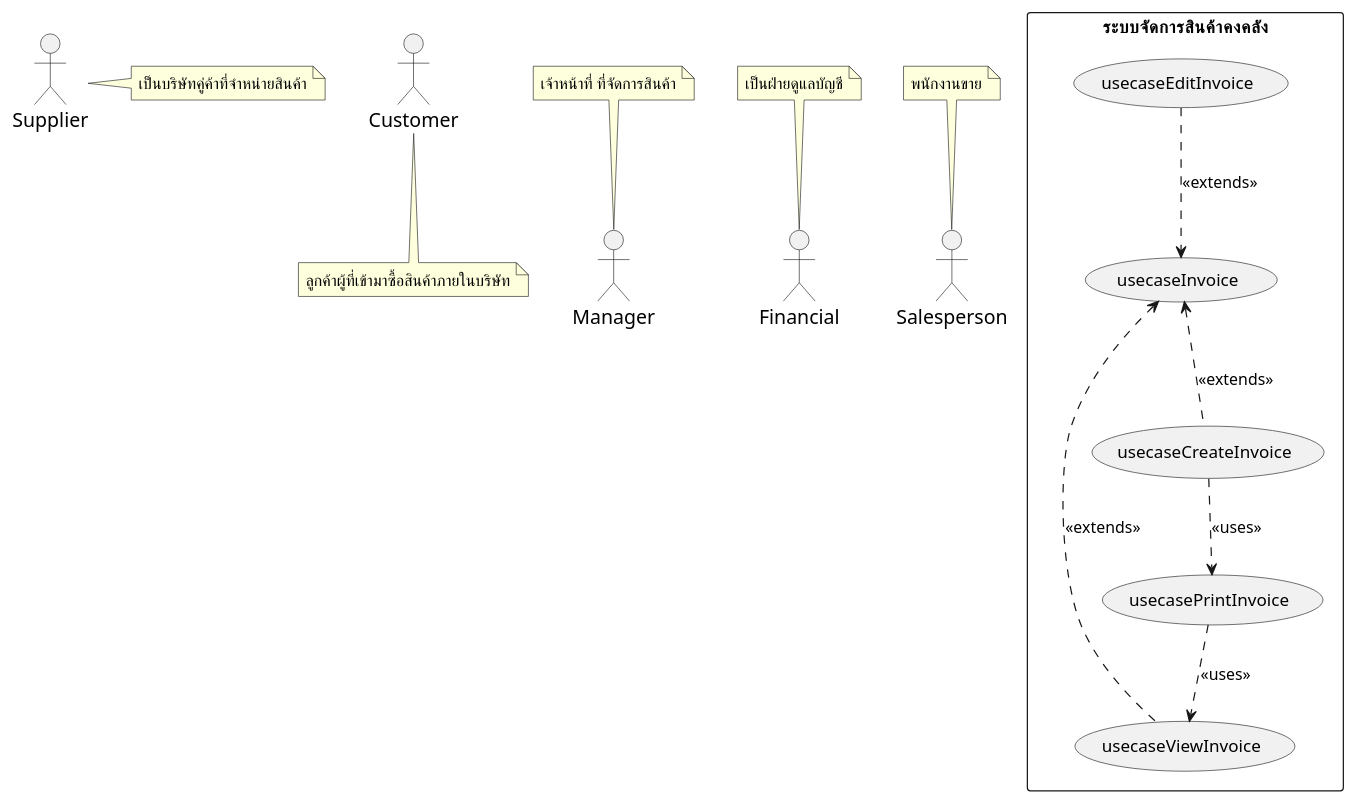
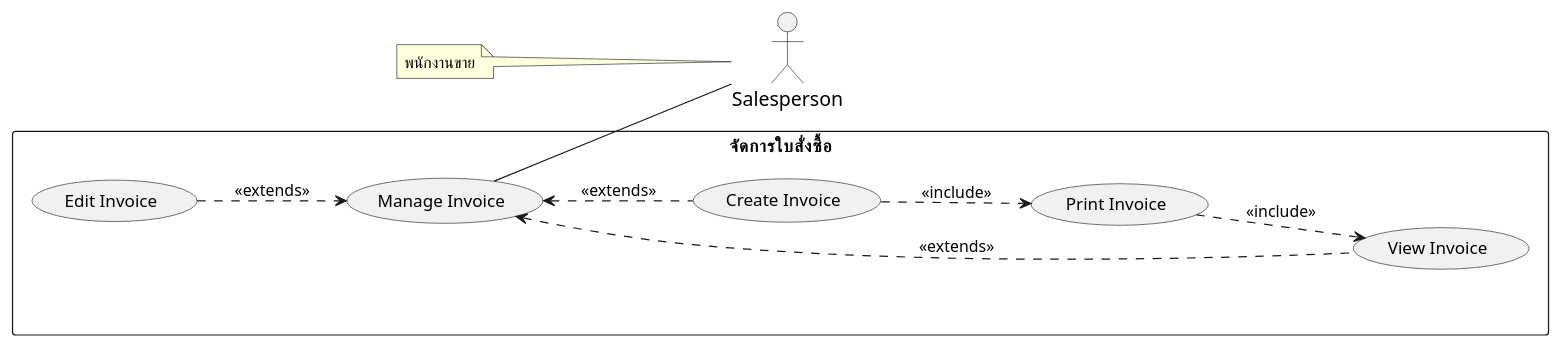
Before and after one commit to billowdev/inventory-system-plantuml-sequelize-seeder-example: the diagram in system-analysis/usecase/_5_usecase-invoice.puml, drawn with PlantUML. The commit also changed 6 other files, not shown here.

Commit message:
extract usecase invoice

```diff
--- a/system-analysis/usecase/_5_usecase-invoice.puml
+++ b/system-analysis/usecase/_5_usecase-invoice.puml
@@ -1,66 +1,61 @@
 @startuml
 'https://plantuml.com/usecase-diagram
+left to right direction
 
 skinparam sequence {
     ParticipantFontName Thai
     ParticipantFontSize 16
     ActorFontSize 16
     ActorFontName Thai
 }
 'skinparam linetype polyline
-'skinparam linetype ortho
+' skinparam linetype ortho
 
 skinparam Participant{
     FontColor #efefef
     BorderColor #c0c0c0
 }
 skinparam Sequence{
     ParticipantBorderThickness .5
     LifeLineBorderColor #8a8a8a
 }
 
-' =================== Customer ===================
-' role - ผู้ที่เข้ามาเพื่อซื้อสินค้าภายในบริษัท
-' duty - ทำให้เกิดการซื้อขายสินค้า
-actor Customer as actorCustomer
-note bottom of actorCustomer : ลูกค้าผู้ที่เข้ามาซื้อสินค้าภายในบริษัท
-' =================== Manager ===================
-' role - เจ้าหน้าที่ ที่จัดการสินค้า ให้คงคลังสินค้าอยู่เสมอ
-' duty - บริหารจัดการ stock สินค้า ทั้งการจำหน่ายออก และการรับสินค้ารวมถึงการ
-' ออกใบสั่งของ การเช็คสินค้าและการทำรายงานต่างๆ
-actor Manager as actorManager
-note top of actorManager : เจ้าหน้าที่ ที่จัดการสินค้า
-' =================== Supplier ===================
-' role - เป็นบริษัทคู่ค้าที่จำหน่ายสินค้าหรือวัตถุดิบให้กับบริษัท
-' duty - ขายและจัดส่งสินค้าตามใบสั่งของ
-actor Supplier as actorSupplier
-note right of actorSupplier : เป็นบริษัทคู่ค้าที่จำหน่ายสินค้า
-' =================== Financial ===================
-' role - เป็นฝ่ายดูแลบัญชีและการเงินของบริษัท
-' duty - รับข้อมูลการซื้อและขายสินค้า
-actor Financial as actorFinancial
-note top of actorFinancial : เป็นฝ่ายดูแลบัญชี
-
 actor Salesperson as actorSalesperson
-note top of actorSalesperson : พนักงานขาย
+note left of actorSalesperson : พนักงานขาย
 
 
 ' =================== Stock System ===================
-rectangle "ระบบจัดการสินค้าคงคลัง" as stockSystem {
+rectangle "จัดการใบสั่งซื้อ" as manageInvoice {
 
-  
+
+    ' ================ Invoice ================
+    usecase (Manage Invoice) as (usecaseInvoice)
+    usecase (View Invoice) as (usecaseViewInvoice)
+    usecase (Create Invoice) as (usecaseCreateInvoice)
+    usecase (Edit Invoice) as (usecaseEditInvoice)
+    usecase (Print Invoice) as (usecasePrintInvoice)
+
+
+
+    '===========================================================
+    ' ===                  Associate Flow                    ===
+    '===========================================================
+
+'
 
     ' ================ Invoice ================
     (usecaseInvoice) <.. (usecaseViewInvoice) : <<extends>>
     (usecaseInvoice)  <..   (usecaseCreateInvoice): <<extends>>
     (usecaseEditInvoice) ..> (usecaseInvoice) : <<extends>>
 
-    (usecaseCreateInvoice) ..> (usecasePrintInvoice) : <<uses>>
-    (usecasePrintInvoice) ..> (usecaseViewInvoice) : <<uses>>
+    (usecaseCreateInvoice) ..> (usecasePrintInvoice) : <<include>>
+    (usecasePrintInvoice) ..> (usecaseViewInvoice) : <<include>>
+
+     (usecaseInvoice) -- actorSalesperson
 
 
 
 
 }
 
 @enduml
```
